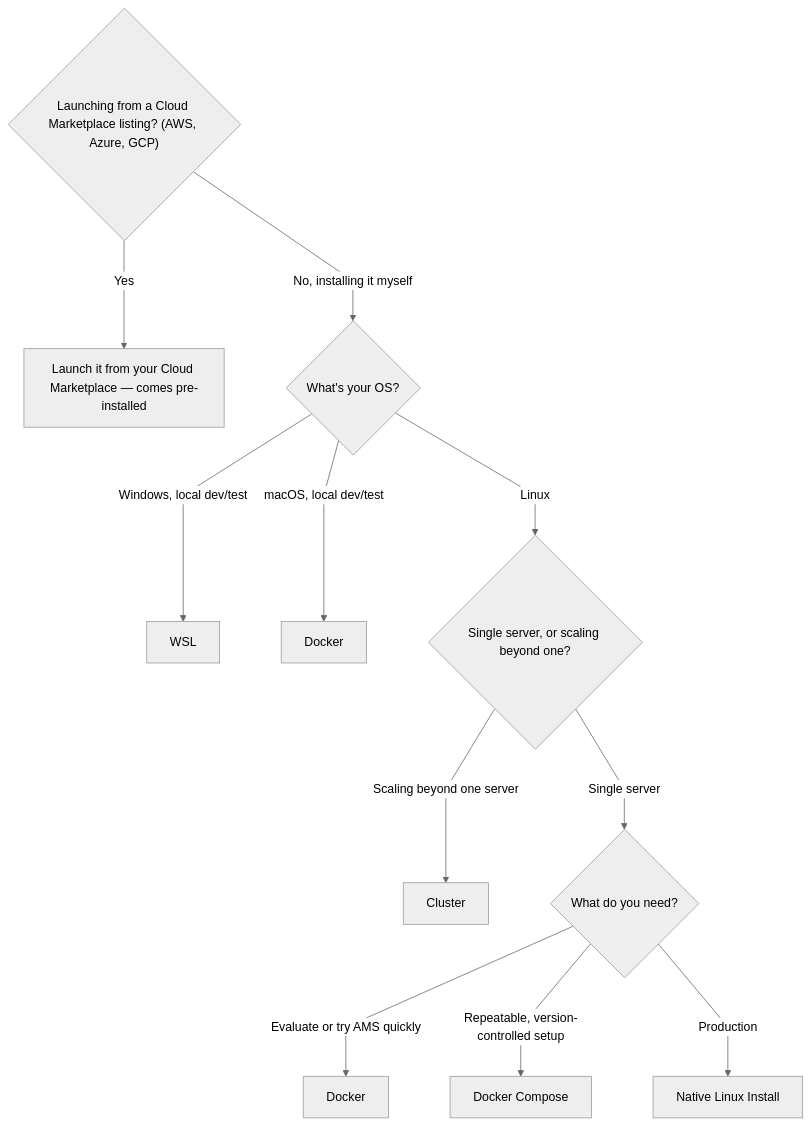
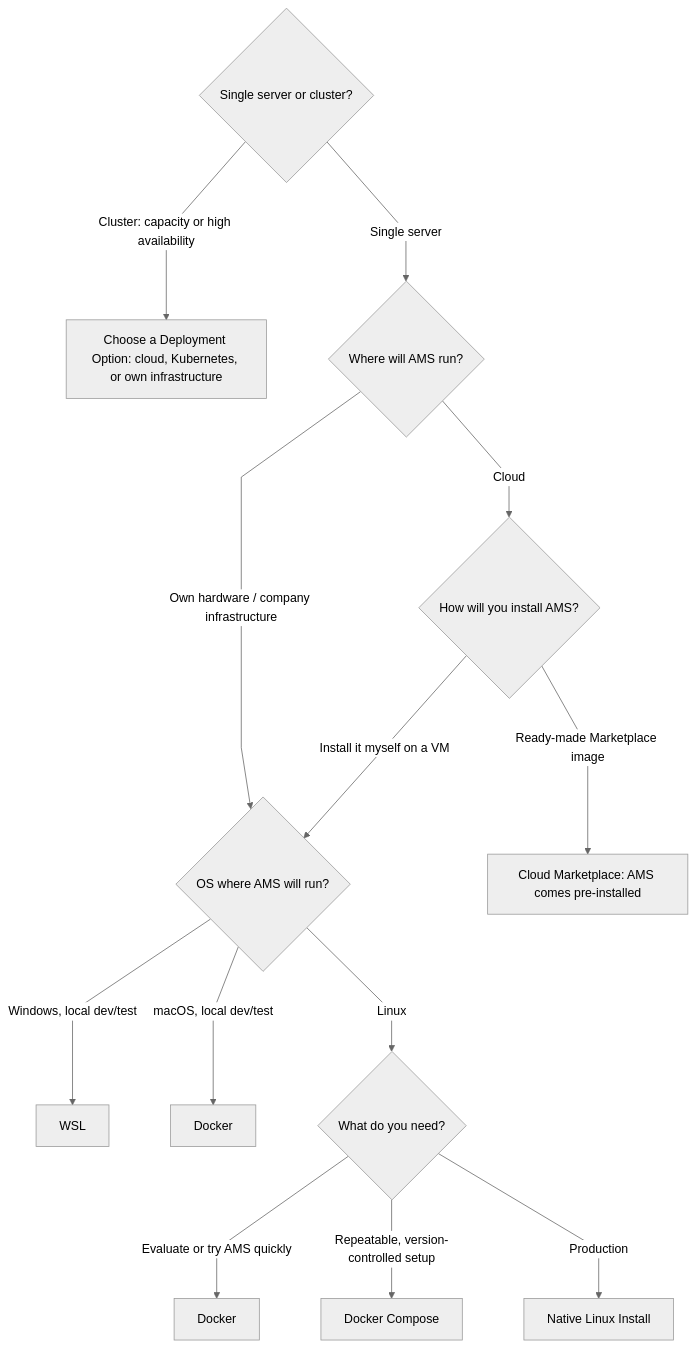
Before and after one commit to ant-media/ant-media-documentation: the diagram in versioned_docs/version-3.1/guides/installing-on-linux/which-installation-method-should-i-use.md, drawn with Mermaid (neutral theme). The commit also changed other lines of this file and 3 other files, not shown here.

````diff
--- a/versioned_docs/version-3.1/guides/installing-on-linux/which-installation-method-should-i-use.md
+++ b/versioned_docs/version-3.1/guides/installing-on-linux/which-installation-method-should-i-use.md
@@ -12,15 +16,17 @@
 ```mermaid
 %%{init: {'flowchart': {'curve': 'linear', 'nodeSpacing': 80, 'rankSpacing': 80}}}%%
 flowchart TD
-    A{"Launching from a Cloud Marketplace listing? (AWS, Azure, GCP)"}
-    A -->|"Yes"| CM["Launch it from your Cloud Marketplace — comes pre-installed"]
-    A -->|"No, installing it myself"| B{"What's your OS?"}
+    A{"Single server or cluster?"}
+    A -->|"Cluster: capacity or high availability"| CLUSTER["Choose a Deployment Option: cloud, Kubernetes, or own infrastructure"]
+    A -->|"Single server"| LOCATION{"Where will AMS run?"}
+    LOCATION -->|"Own hardware / company infrastructure"| B{"OS where AMS will run?"}
+    LOCATION -->|"Cloud"| METHOD{"How will you install AMS?"}
+    METHOD -->|"Ready-made Marketplace image"| CM["Cloud Marketplace: AMS comes pre-installed"]
+    METHOD -->|"Install it myself on a VM"| B
     B -->|"Windows, local dev/test"| WSL["WSL"]
     B -->|"macOS, local dev/test"| DOCKERMAC["Docker"]
-    B -->|"Linux"| C{"Single server, or scaling beyond one?"}
-    C -->|"Scaling beyond one server"| CLUSTER["Cluster"]
-    C -->|"Single server"| D{"What do you need?"}
+    B -->|"Linux"| D{"What do you need?"}
     D -->|"Evaluate or try AMS quickly"| DOCKER["Docker"]
     D -->|"Repeatable, version-controlled setup"| COMPOSE["Docker Compose"]
     D -->|"Production"| NATIVE["Native Linux Install"]
 ```
````
